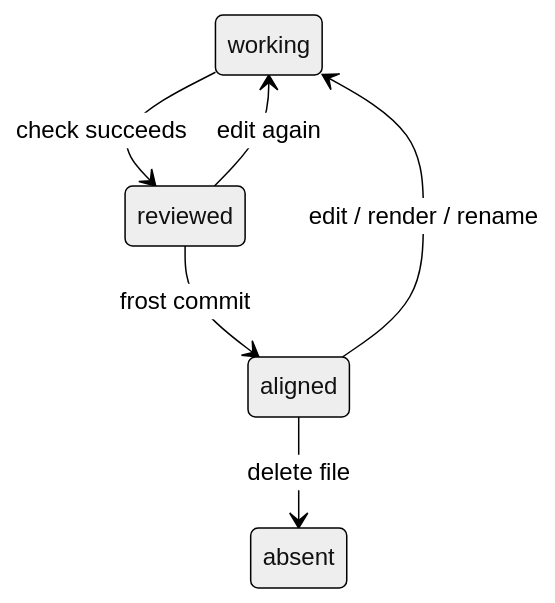
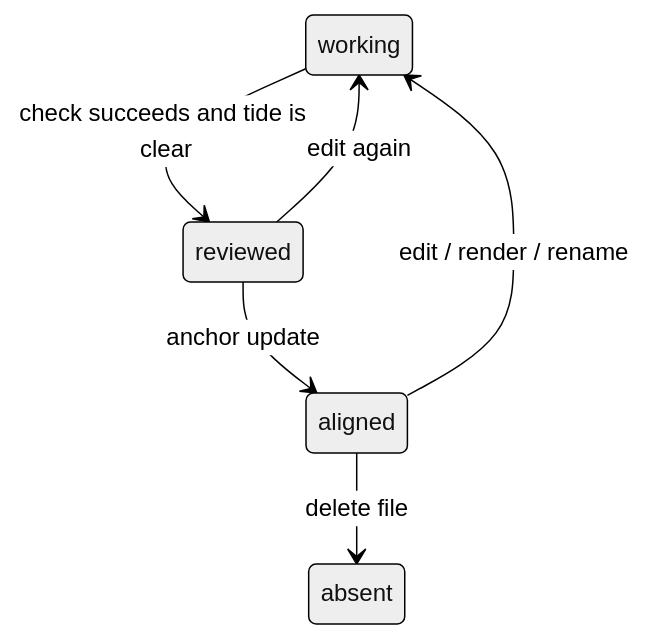
Before and after one commit to Gorgeous-Patrick/sirno: the second of 3 diagrams in sirno-lake/entry-lifecycle.md, drawn with Mermaid (neutral theme). The commit also changed other lines of this file and 51 other files, not shown here.

Commit message:
docs: replace frost design with anchor

````diff
--- a/sirno-lake/entry-lifecycle.md
+++ b/sirno-lake/entry-lifecycle.md
@@ -55,9 +42,9 @@
 ```mermaid
 stateDiagram-v2
-    working --> reviewed: check succeeds
-    reviewed --> aligned: frost commit
+    working --> reviewed: check succeeds and tide is clear
+    reviewed --> aligned: anchor update
     reviewed --> working: edit again
 
     aligned --> working: edit / render / rename
     aligned --> absent: delete file
 ```
````
